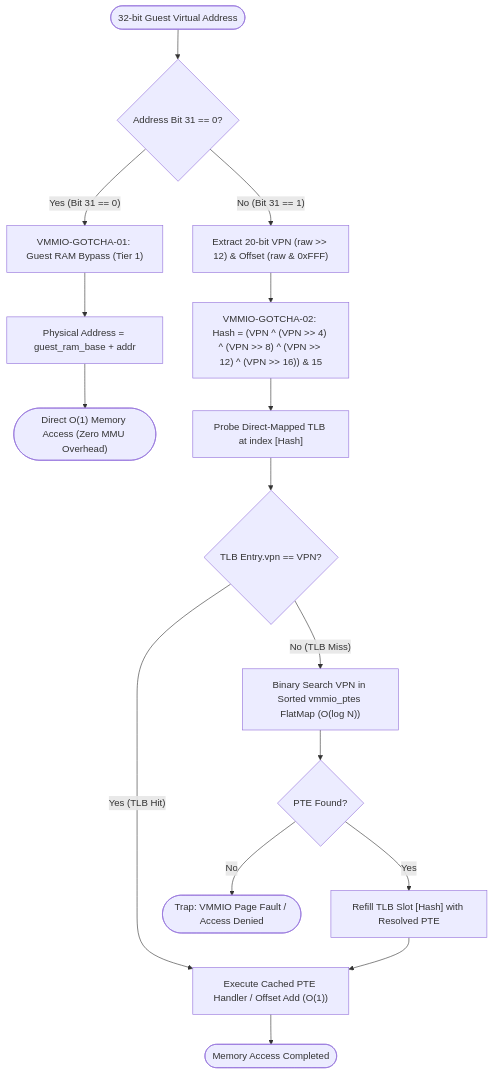
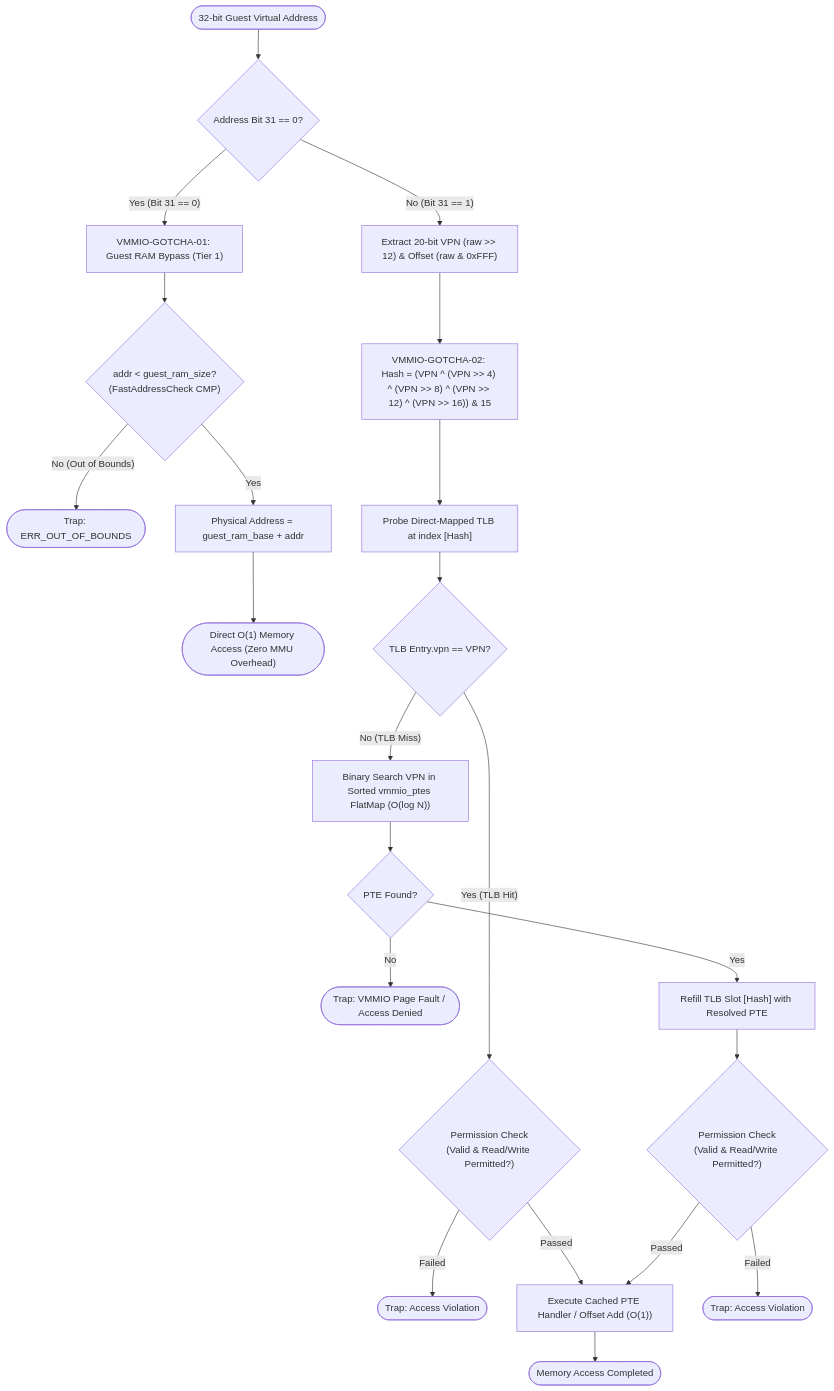
One commit to kmt-t/fireball changed the second of 5 diagrams in docs/components/tier2_runtime/runtime_vmmio.md. Above: the diagram before and after it, drawn with Mermaid. The commit also changed other lines of this file and 4 other files, not shown here.

Commit message:
fix(docs): harmonize diagrams, formal model, and tests for runtime_vmmio and os_coos

````diff
--- a/docs/components/tier2_runtime/runtime_vmmio.md
+++ b/docs/components/tier2_runtime/runtime_vmmio.md
@@ -264,22 +188,28 @@
 ```mermaid
 flowchart TD
     Start(["32-bit Guest Virtual Address"]) --> CheckBit31{"Address Bit 31 == 0?"}
 
     CheckBit31 -- "Yes (Bit 31 == 0)" --> RAMBypass["VMMIO-GOTCHA-01: Guest RAM Bypass (Tier 1)"]
-    RAMBypass --> CalcRAM["Physical Address = guest_ram_base + addr"]
+    RAMBypass --> CheckRAMBounds{"addr < guest_ram_size?<br/>(FastAddressCheck CMP)"}
+    CheckRAMBounds -- "No (Out of Bounds)" --> TrapOOB(["Trap: ERR_OUT_OF_BOUNDS"])
+    CheckRAMBounds -- "Yes" --> CalcRAM["Physical Address = guest_ram_base + addr"]
     CalcRAM --> DirectAccess(["Direct O(1) Memory Access (Zero MMU Overhead)"])
 
     CheckBit31 -- "No (Bit 31 == 1)" --> ExtractVPN["Extract 20-bit VPN (raw >> 12) & Offset (raw & 0xFFF)"]
     ExtractVPN --> FoldingXOR["VMMIO-GOTCHA-02: Hash = (VPN ^ (VPN >> 4) ^ (VPN >> 8) ^ (VPN >> 12) ^ (VPN >> 16)) & 15"]
     FoldingXOR --> ProbeTLB["Probe Direct-Mapped TLB at index [Hash]"]
 
     ProbeTLB --> TLBHit{"TLB Entry.vpn == VPN?"}
-    TLBHit -- "Yes (TLB Hit)" --> ExecHandler["Execute Cached PTE Handler / Offset Add (O(1))"]
+    TLBHit -- "Yes (TLB Hit)" --> CheckPermHit{"Permission Check<br/>(Valid & Read/Write Permitted?)"}
+    CheckPermHit -- "Failed" --> TrapAccessHit(["Trap: Access Violation"])
+    CheckPermHit -- "Passed" --> ExecHandler["Execute Cached PTE Handler / Offset Add (O(1))"]
     ExecHandler --> Complete(["Memory Access Completed"])
 
     TLBHit -- "No (TLB Miss)" --> FlatMapWalk["Binary Search VPN in Sorted vmmio_ptes FlatMap (O(log N))"]
     FlatMapWalk --> WalkFound{"PTE Found?"}
     WalkFound -- "No" --> Fault(["Trap: VMMIO Page Fault / Access Denied"])
     WalkFound -- "Yes" --> RefillTLB["Refill TLB Slot [Hash] with Resolved PTE"]
-    RefillTLB --> ExecHandler
+    RefillTLB --> CheckPermMiss{"Permission Check<br/>(Valid & Read/Write Permitted?)"}
+    CheckPermMiss -- "Failed" --> TrapAccessMiss(["Trap: Access Violation"])
+    CheckPermMiss -- "Passed" --> ExecHandler
 ```
````
